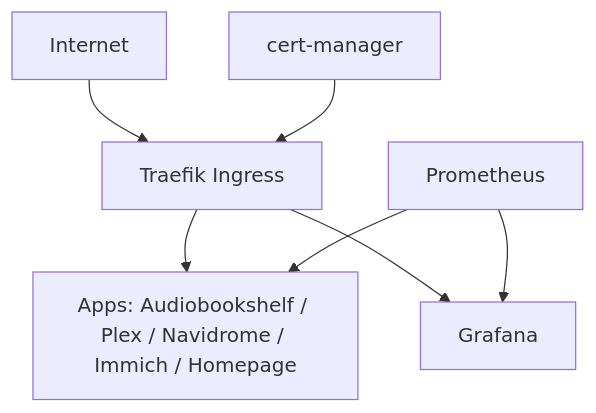
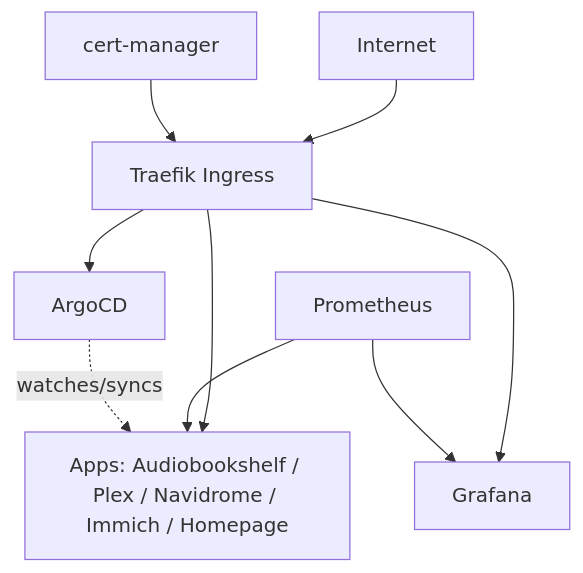
The diagram in README.md (codexasystems/lab), drawn with Mermaid before and after one commit. The commit also changed other lines of this file and 1 other file, not shown here.

````diff
--- a/README.md
+++ b/README.md
@@ -18,9 +16,11 @@
 ```mermaid
 graph TD
     Internet --> Traefik[Traefik Ingress]
     Traefik --> Apps[Apps: Audiobookshelf / Plex / Navidrome / Immich / Homepage]
     Traefik --> Grafana
+    Traefik --> ArgoCD
     CertManager[cert-manager] --> Traefik
     Prometheus --> Grafana
     Prometheus --> Apps
+    ArgoCD -.watches/syncs.-> Apps
 ```
````
